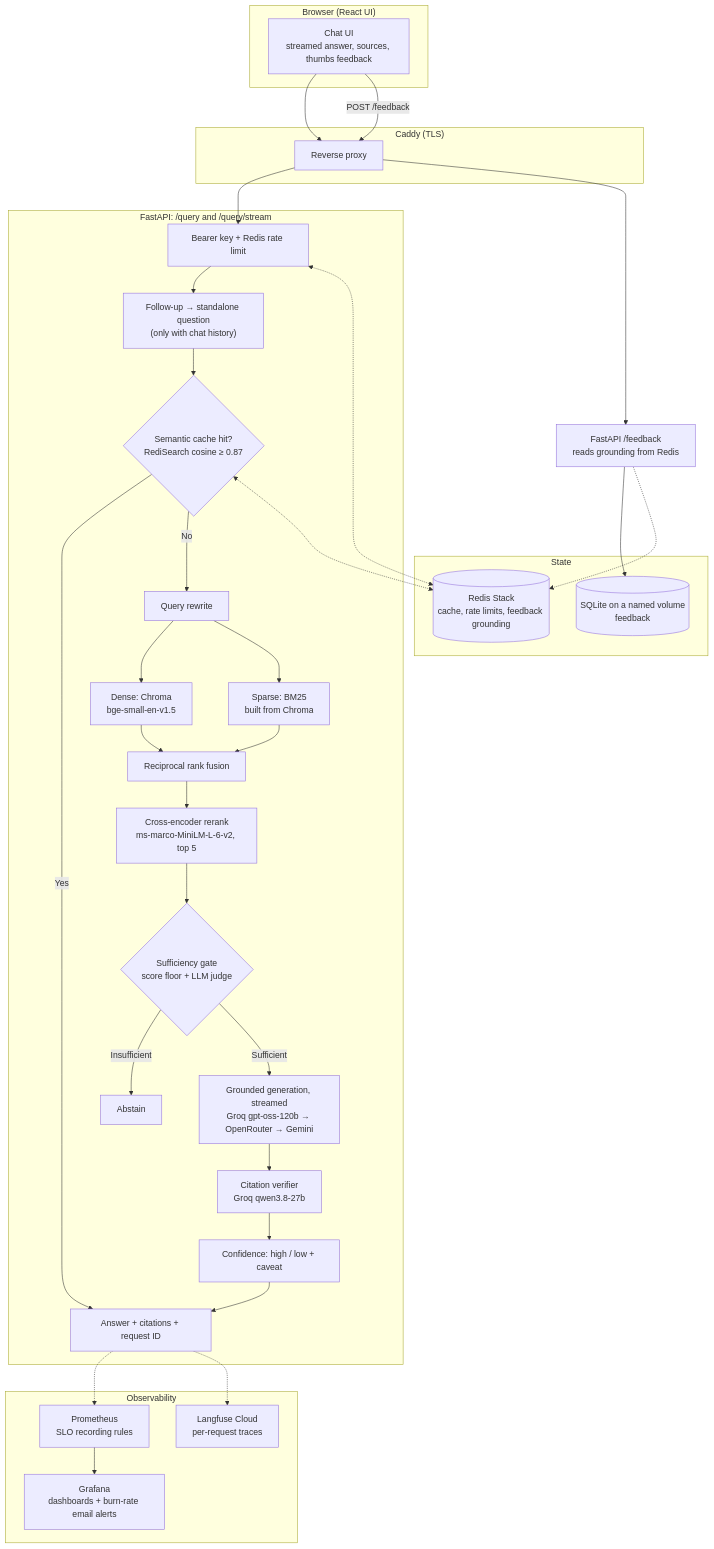
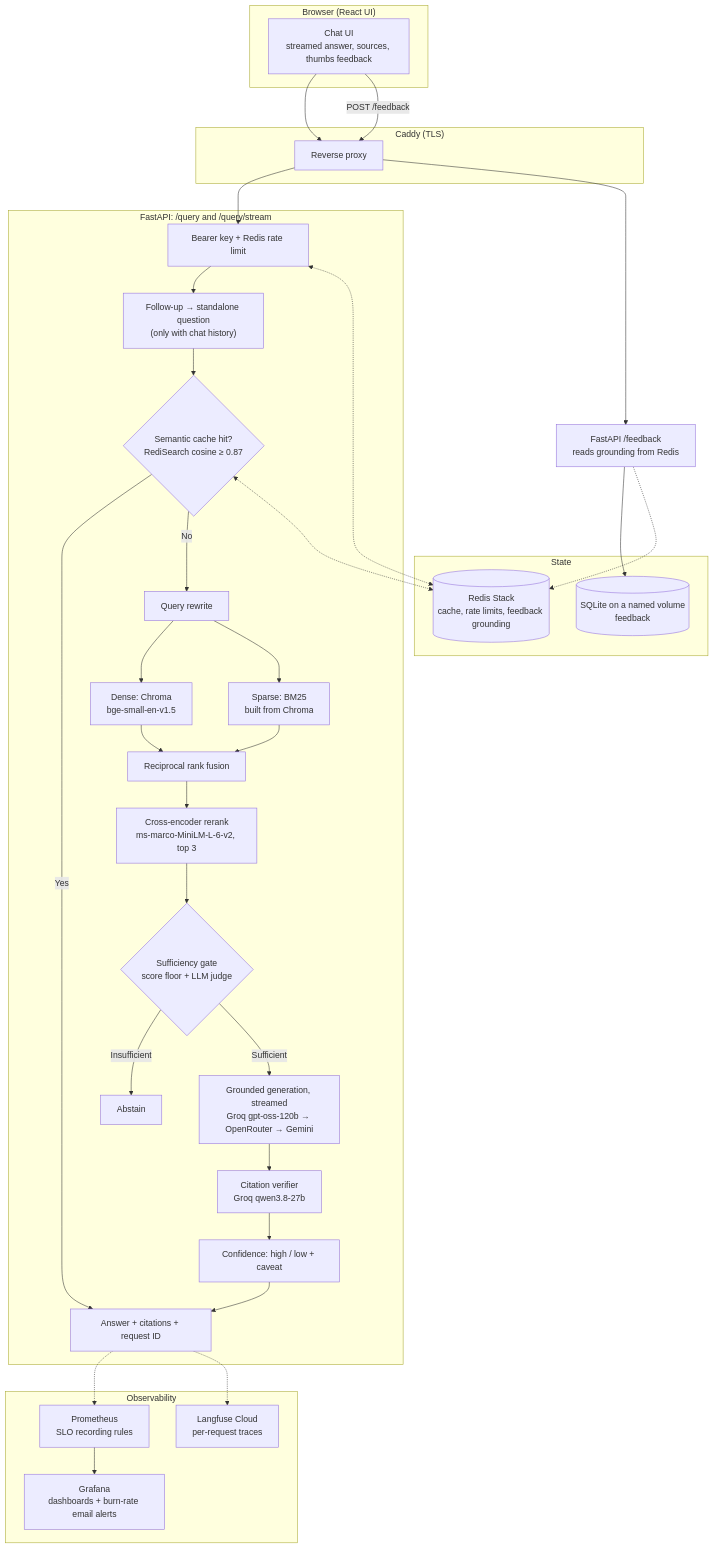
Before and after one commit to yashbhosale789/Personal-Knowledge-RAG: the second of 4 diagrams in ARCHITECTURE.md, drawn with Mermaid. The commit also changed other lines of this file and 259 other files, not shown here.

````diff
--- a/ARCHITECTURE.md
+++ b/ARCHITECTURE.md
@@ -66,47 +66,47 @@
 ```mermaid
 flowchart TD
     subgraph Client ["Browser (React UI)"]
         UI["Chat UI<br/>streamed answer, sources, thumbs feedback"]
     end
 
     subgraph Edge ["Caddy (TLS)"]
         Caddy["Reverse proxy"]
     end
 
     subgraph Query ["FastAPI: /query and /query/stream"]
         Auth["Bearer key + Redis rate limit"] --> Condense["Follow-up → standalone question<br/>(only with chat history)"]
         Condense --> Cache{"Semantic cache hit?<br/>RediSearch cosine ≥ 0.87"}
         Cache -- Yes --> Final["Answer + citations + request ID"]
         Cache -- No --> Rewrite["Query rewrite"]
         Rewrite --> Dense["Dense: Chroma<br/>bge-small-en-v1.5"]
         Rewrite --> Sparse["Sparse: BM25<br/>built from Chroma"]
         Dense & Sparse --> RRF["Reciprocal rank fusion"]
-        RRF --> Rerank["Cross-encoder rerank<br/>ms-marco-MiniLM-L-6-v2, top 5"]
+        RRF --> Rerank["Cross-encoder rerank<br/>ms-marco-MiniLM-L-6-v2, top 3"]
         Rerank --> Suff{"Sufficiency gate<br/>score floor + LLM judge"}
         Suff -- Insufficient --> Abstain["Abstain"]
         Suff -- Sufficient --> Gen["Grounded generation, streamed<br/>Groq gpt-oss-120b → OpenRouter → Gemini"]
         Gen --> Verify["Citation verifier<br/>Groq qwen3.8-27b"]
         Verify --> Conf["Confidence: high / low + caveat"]
         Conf --> Final
     end
 
     subgraph Stores ["State"]
         Redis[("Redis Stack<br/>cache, rate limits, feedback grounding")]
         SQLite[("SQLite on a named volume<br/>feedback")]
     end
 
     subgraph Telemetry ["Observability"]
         Prom["Prometheus<br/>SLO recording rules"] --> Graf["Grafana<br/>dashboards + burn-rate email alerts"]
         Langfuse["Langfuse Cloud<br/>per-request traces"]
     end
 
     UI --> Caddy --> Auth
     UI -- "POST /feedback" --> Caddy
     Caddy --> FeedbackRoute["FastAPI /feedback<br/>reads grounding from Redis"]
     FeedbackRoute --> SQLite
     FeedbackRoute -.-> Redis
     Auth <-.-> Redis
     Cache <-.-> Redis
     Final -.-> Prom
     Final -.-> Langfuse
 ```
````
